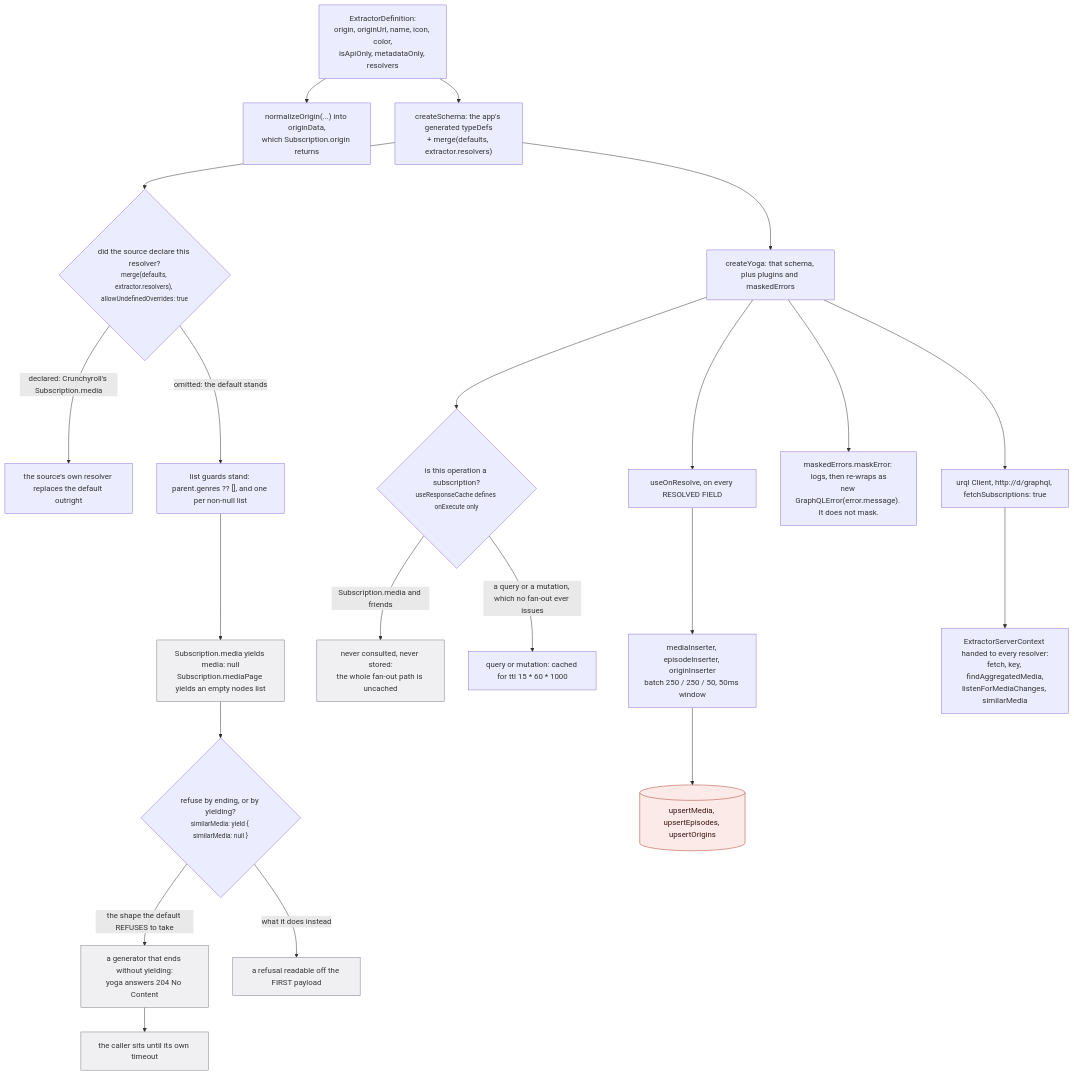
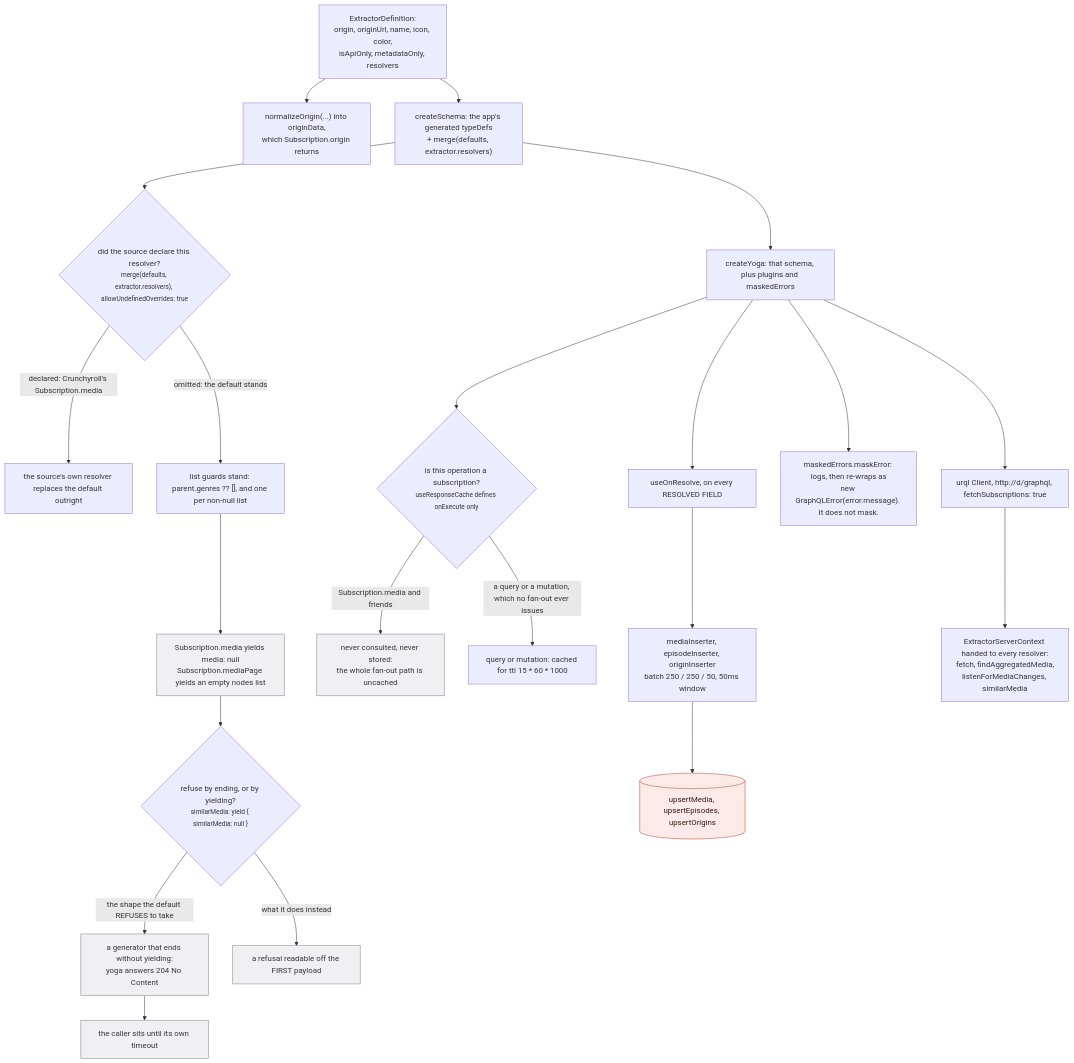
One commit to banou26/stub changed the second of 4 diagrams in docs/src/content/docs/request/fan-out.md. Above: the diagram before and after it, drawn with Mermaid. The commit also changed 2 other files, not shown here.

Commit message:
docs: 📝ctx diagrams name no key; Crunchyroll log lines at their lines

````diff
--- a/docs/src/content/docs/request/fan-out.md
+++ b/docs/src/content/docs/request/fan-out.md
@@ -150,53 +150,53 @@
 ```mermaid
 flowchart TD
   DEF["ExtractorDefinition:<br/>origin, originUrl, name, icon, color,<br/>isApiOnly, metadataOnly, resolvers"]
   OD["normalizeOrigin(...) into originData,<br/>which Subscription.origin returns"]
   SCHEMA["createSchema: the app's generated typeDefs<br/>+ merge(defaults, extractor.resolvers)"]
   YOGA["createYoga: that schema, plus plugins and maskedErrors"]
   D1{"did the source declare this resolver?<br/><small>merge(defaults, extractor.resolvers), allowUndefinedOverrides: true</small>"}
   OWN["the source's own resolver replaces the default outright"]
   LIST["list guards stand: parent.genres ?? [], and one per non-null list"]
   EMPTY["Subscription.media yields media: null<br/>Subscription.mediaPage yields an empty nodes list"]
   D2{"refuse by ending, or by yielding?<br/><small>similarMedia: yield { similarMedia: null }</small>"}
   END["a generator that ends without yielding:<br/>yoga answers 204 No Content"]
   WAIT["the caller sits until its own timeout"]
   REF["a refusal readable off the FIRST payload"]
   D3{"is this operation a subscription?<br/><small>useResponseCache defines onExecute only</small>"}
   INERT["never consulted, never stored:<br/>the whole fan-out path is uncached"]
   CACHED["query or mutation: cached for ttl 15 * 60 * 1000"]
   ONR["useOnResolve, on every RESOLVED FIELD"]
   INS["mediaInserter, episodeInserter, originInserter<br/>batch 250 / 250 / 50, 50ms window"]
   STORE[("upsertMedia, upsertEpisodes, upsertOrigins")]
   MASK["maskedErrors.maskError: logs, then re-wraps as<br/>new GraphQLError(error.message). It does not mask."]
   CLIENT["urql Client, http://d/graphql, fetchSubscriptions: true"]
-  CTX["ExtractorServerContext handed to every resolver:<br/>fetch, key, findAggregatedMedia,<br/>listenForMediaChanges, similarMedia"]
+  CTX["ExtractorServerContext handed to every resolver:<br/>fetch, findAggregatedMedia,<br/>listenForMediaChanges, similarMedia"]
 
   DEF --> OD
   DEF --> SCHEMA
   SCHEMA --> YOGA
   SCHEMA --> D1
   D1 -->|"declared: Crunchyroll's Subscription.media"| OWN
   D1 -->|"omitted: the default stands"| LIST
   LIST --> EMPTY
   EMPTY --> D2
   D2 -->|"the shape the default REFUSES to take"| END
   END --> WAIT
   D2 -->|"what it does instead"| REF
   YOGA --> D3
   D3 -->|"Subscription.media and friends"| INERT
   D3 -->|"a query or a mutation, which no fan-out ever issues"| CACHED
   YOGA --> ONR
   ONR --> INS
   INS --> STORE
   YOGA --> MASK
   YOGA --> CLIENT
   CLIENT --> CTX
 
   classDef irrev fill:#fbeae7,stroke:#b03f33,color:#3a1512
   classDef ratchet fill:#faf1e0,stroke:#8f5a0e,color:#3a2a08
   classDef view fill:#e9eef7,stroke:#4572b5,color:#16283f
   classDef refuse fill:#f0f0f2,stroke:#7b7d85,color:#33343a
   class EMPTY,REF,INERT refuse
   class END,WAIT refuse
   class STORE irrev
 ```
````
